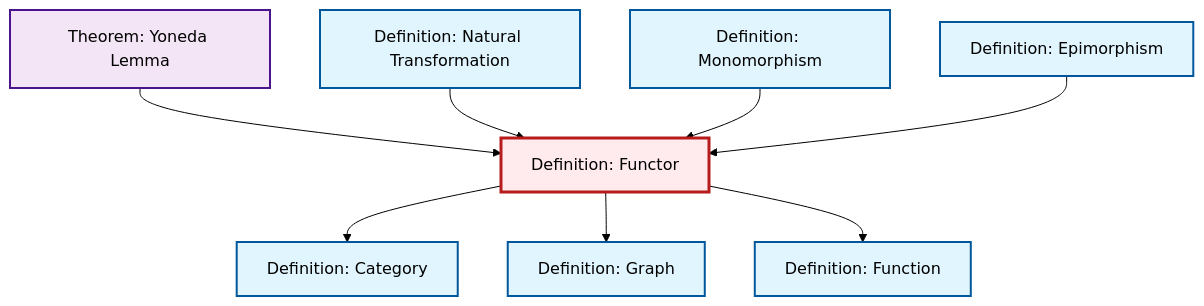
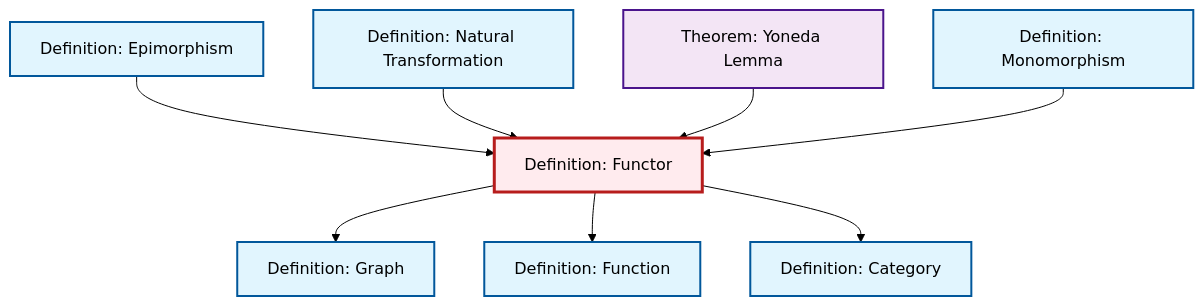
One commit to RK0429/ModernMath changed the diagram in content/en/category-theory/def-functor.qmd. Above: the diagram before and after it, drawn with Mermaid (forest theme). The commit also changed other lines of this file and 1012 other files, not shown here.

````diff
--- a/content/en/category-theory/def-functor.qmd
+++ b/content/en/category-theory/def-functor.qmd
@@ -50,32 +50,32 @@
 ```{mermaid}
 %%| fig-cap: "Local dependency graph"
 graph TD
     classDef definition fill:#e1f5fe,stroke:#01579b,stroke-width:2px
     classDef theorem fill:#f3e5f5,stroke:#4a148c,stroke-width:2px
     classDef axiom fill:#fff3e0,stroke:#e65100,stroke-width:2px
     classDef example fill:#e8f5e9,stroke:#1b5e20,stroke-width:2px
     classDef current fill:#ffebee,stroke:#b71c1c,stroke-width:3px
-    def-monomorphism["Definition: Monomorphism"]:::definition
+    thm-yoneda["Theorem: Yoneda Lemma"]:::theorem
+    def-natural-transformation["Definition: Natural Transformation"]:::definition
     def-category["Definition: Category"]:::definition
     def-graph["Definition: Graph"]:::definition
-    thm-yoneda["Theorem: Yoneda Lemma"]:::theorem
     def-function["Definition: Function"]:::definition
+    def-functor["Definition: Functor"]:::definition
+    def-monomorphism["Definition: Monomorphism"]:::definition
     def-epimorphism["Definition: Epimorphism"]:::definition
-    def-natural-transformation["Definition: Natural Transformation"]:::definition
-    def-functor["Definition: Functor"]:::definition
-    thm-yoneda --> def-functor
-    def-natural-transformation --> def-functor
-    def-monomorphism --> def-functor
-    def-functor --> def-category
+    def-epimorphism --> def-functor
     def-functor --> def-graph
     def-functor --> def-function
-    def-epimorphism --> def-functor
+    def-natural-transformation --> def-functor
+    def-functor --> def-category
+    thm-yoneda --> def-functor
+    def-monomorphism --> def-functor
     class def-functor current
-    click def-monomorphism "def-monomorphism.html" "Go to Monomorphism definition"
+    click thm-yoneda "thm-yoneda.html" "Go to Yoneda Lemma theorem"
+    click def-natural-transformation "def-natural-transformation.html" "Go to Natural Transformation definition"
     click def-category "def-category.html" "Go to Category definition"
     click def-graph "def-graph.html" "Go to Graph definition"
-    click thm-yoneda "thm-yoneda.html" "Go to Yoneda Lemma theorem"
     click def-function "def-function.html" "Go to Function definition"
+    click def-monomorphism "def-monomorphism.html" "Go to Monomorphism definition"
     click def-epimorphism "def-epimorphism.html" "Go to Epimorphism definition"
-    click def-natural-transformation "def-natural-transformation.html" "Go to Natural Transformation definition"
 ```
````
